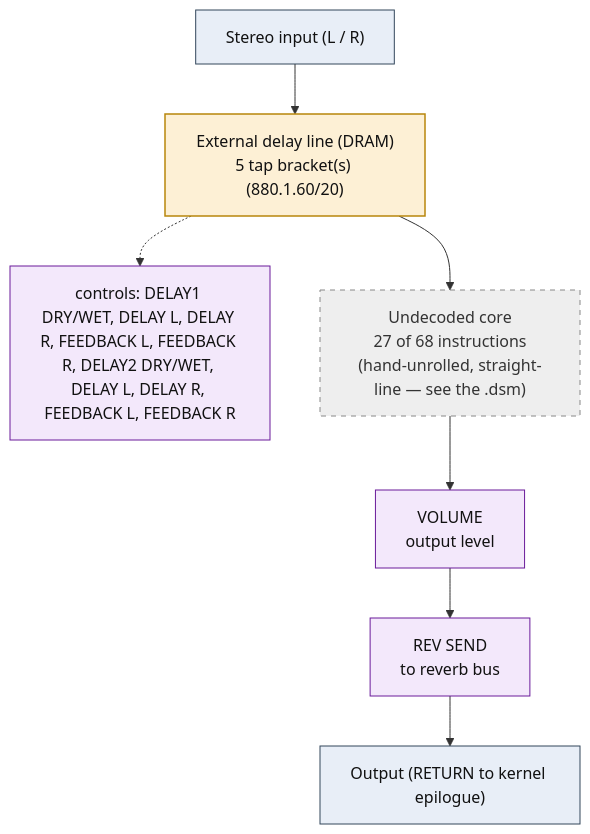
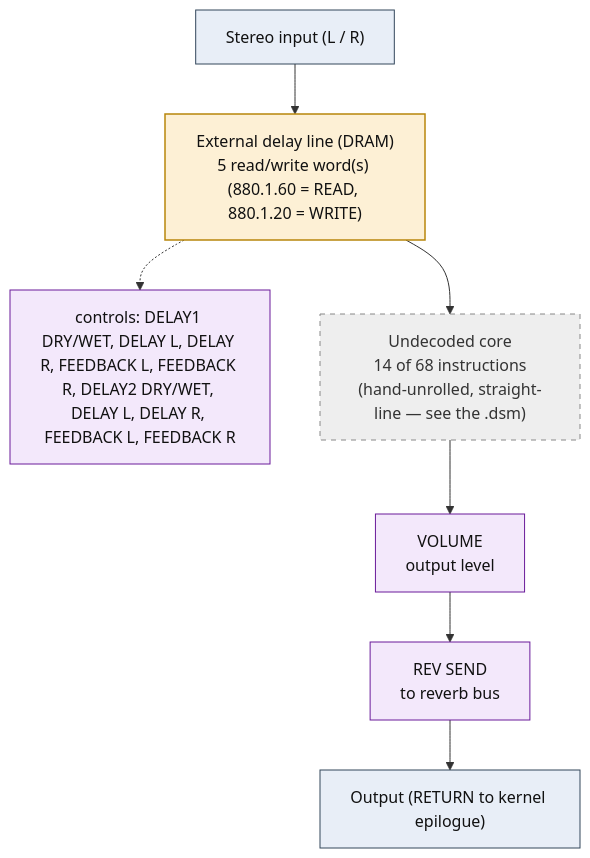
One commit to ArqueologiaDigital/KN5000-docs changed the diagram in flowcharts/prog65_s_delay_s_delay.md. Above: the diagram before and after it, drawn with Mermaid. The commit also changed other lines of this file and 38 other files, not shown here.

First line of the commit message:
flowcharts: withdraw the envelope-detector reading, decode the DRAM accesses

````diff
--- a/flowcharts/prog65_s_delay_s_delay.md
+++ b/flowcharts/prog65_s_delay_s_delay.md
@@ -19,27 +19,27 @@
 ```mermaid
 flowchart TD
     N0["Stereo input (L / R)"]
-    N1["External delay line (DRAM)<br/>5 tap bracket(s) (880.1.60/20)"]
+    N1["External delay line (DRAM)<br/>5 read/write word(s) (880.1.60 = READ, 880.1.20 = WRITE)"]
     N0 --> N1
     N2["controls: DELAY1 DRY/WET, DELAY L, DELAY R, FEEDBACK L, FEEDBACK R, DELAY2 DRY/WET, DELAY L, DELAY R, FEEDBACK L, FEEDBACK R"]
     N1 -.-> N2
-    N3["Undecoded core<br/>27 of 68 instructions<br/>(hand-unrolled, straight-line &mdash; see the .dsm)"]
+    N3["Undecoded core<br/>14 of 68 instructions<br/>(hand-unrolled, straight-line &mdash; see the .dsm)"]
     N1 --> N3
     N4["VOLUME<br/>output level"]
     N3 --> N4
     N5["REV SEND<br/>to reverb bus"]
     N4 --> N5
     N6["Output (RETURN to kernel epilogue)"]
     N5 --> N6
 
     classDef io fill:#e8eef7,stroke:#33475b,stroke-width:1px,color:#111;
     classDef proven fill:#d7f0d7,stroke:#2e7d32,stroke-width:2px,color:#111;
     classDef measured fill:#dbe9fb,stroke:#1565c0,stroke-width:1.5px,color:#111;
     classDef inferred fill:#fdf0d5,stroke:#b8860b,stroke-width:1.5px,color:#111;
     classDef open fill:#eeeeee,stroke:#888,stroke-width:1px,color:#333,stroke-dasharray:5 5;
     classDef ctrl fill:#f3e8fb,stroke:#6a1b9a,stroke-width:1px,color:#111;
     class N0,N6 io;
     class N1 inferred;
     class N2,N4,N5 ctrl;
     class N3 open;
 ```
````
